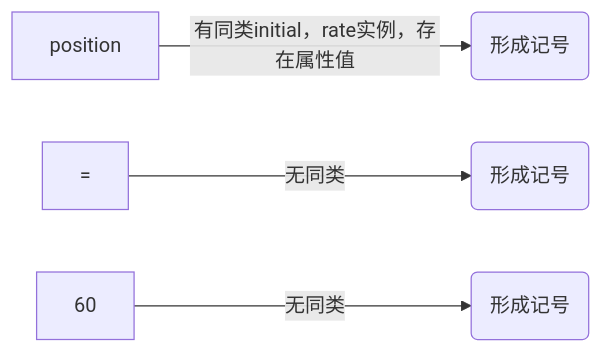
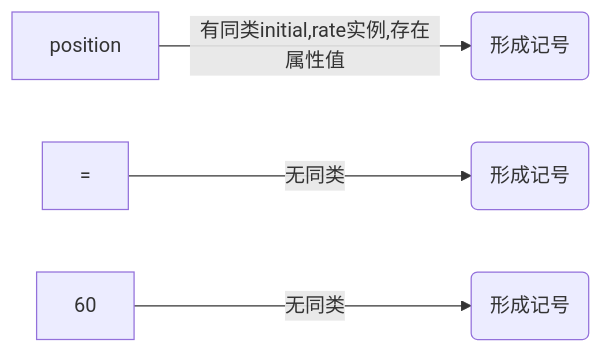
The second of 2 diagrams in 笔记md文件/编译原理.md (certainstar/Studynotes-Online), drawn with Mermaid before and after one commit. The commit also changed other lines of this file, not shown here.

````diff
--- a/笔记md文件/编译原理.md
+++ b/笔记md文件/编译原理.md
@@ -20,6 +20,6 @@
 ```mermaid
 graph LR
-A[position] -->|有同类initial，rate实例，存在属性值| B(形成记号<id，1>)
-        C[=] -->|无同类| D(形成记号<assign>)
-        E[60] -->|无同类| F(形成记号<number>)
+A[position] -->|有同类initial,rate实例,存在属性值| B(形成记号<id,1>)
+C[=] -->|无同类| D(形成记号<assign>)
+E[60] -->|无同类| F(形成记号<number>)
 ```
````
